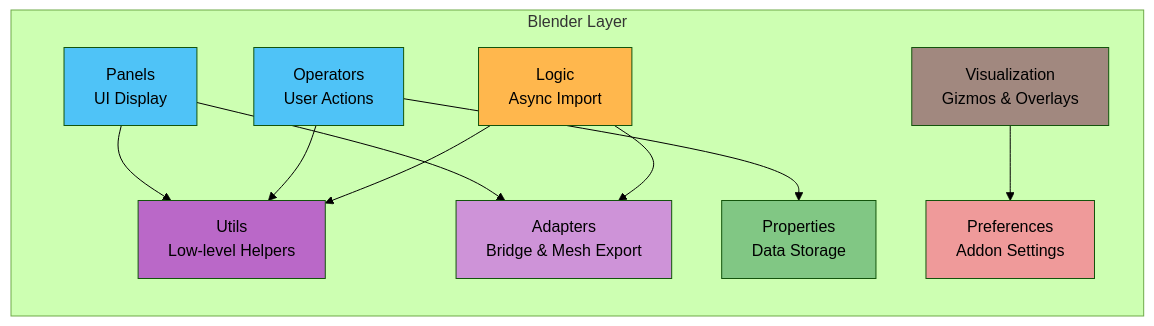
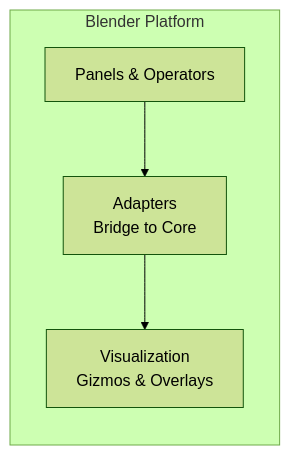
One commit to arounamounchili/linkforge changed the first of 3 diagrams in ARCHITECTURE.md. Above: the diagram before and after it, drawn with Mermaid (forest theme). The commit also changed other lines of this file, not shown here.

Commit message:
docs: simplify ARCHITECTURE.md into a lean architecture map

````diff
--- a/ARCHITECTURE.md
+++ b/ARCHITECTURE.md
@@ -15,30 +18,10 @@
 ```mermaid
 graph LR
-    subgraph "Blender Layer"
-        Panels[Panels<br/>UI Display]
-        Operators[Operators<br/>User Actions]
-        Properties[Properties<br/>Data Storage]
-        Adapters[Adapters<br/>Bridge & Mesh Export]
-        Logic[Logic<br/>Async Import]
-        Visualization[Visualization<br/>Gizmos & Overlays]
-        Preferences[Preferences<br/>Addon Settings]
-        Utils[Utils<br/>Low-level Helpers]
+    subgraph "Blender Platform"
+        UI[Panels & Operators]
+        Adapters[Adapters<br/>Bridge to Core]
+        Viz[Visualization<br/>Gizmos & Overlays]
     end
-
-    Panels --> Utils
-    Panels --> Adapters
-    Operators --> Properties
-    Operators --> Utils
-    Logic --> Adapters
-    Logic --> Utils
-    Visualization --> Preferences
-
-    style Panels fill:#4fc3f7
-    style Operators fill:#4fc3f7
-    style Properties fill:#81c784
-    style Adapters fill:#ce93d8
-    style Logic fill:#ffb74d
-    style Visualization fill:#a1887f
-    style Preferences fill:#ef9a9a
-    style Utils fill:#ba68c8
+    UI --> Adapters
+    Adapters --> Viz
 ```
````
